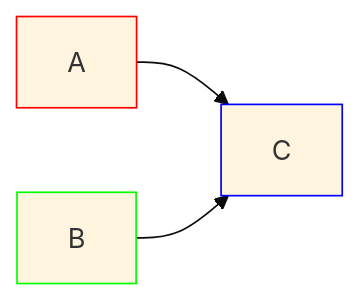
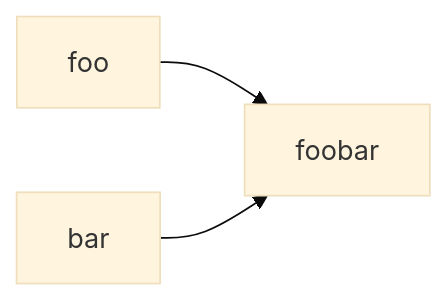
The first of 2 diagrams in EXAMPLE.md (inoorhoff/skills-introduction-to-github), drawn with Mermaid (base theme) before and after one commit. The commit also changed other lines of this file, not shown here.

````diff
--- a/EXAMPLE.md
+++ b/EXAMPLE.md
@@ -7,7 +7,7 @@
 ```mermaid
 flowchart LR;
-    A:::foo & B:::bar --> C:::foobar;
+    foo & bar --> foobar;
     classDef foo stroke:#f00;
     classDef bar stroke:#0f0;
     classDef foobar stroke:#00f;
 ```
````
